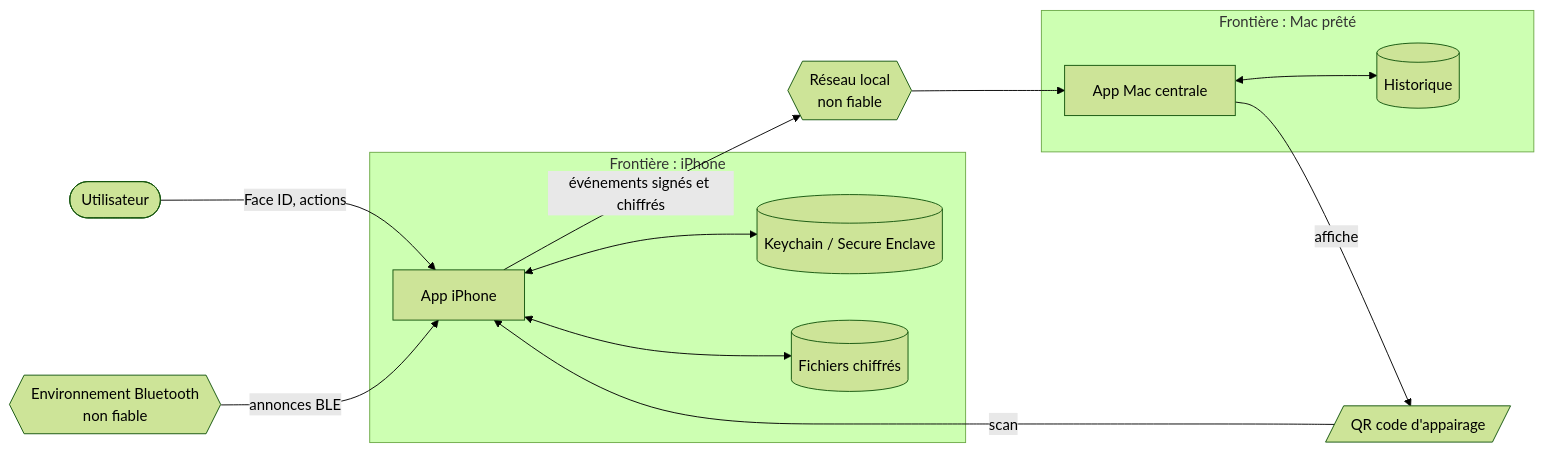
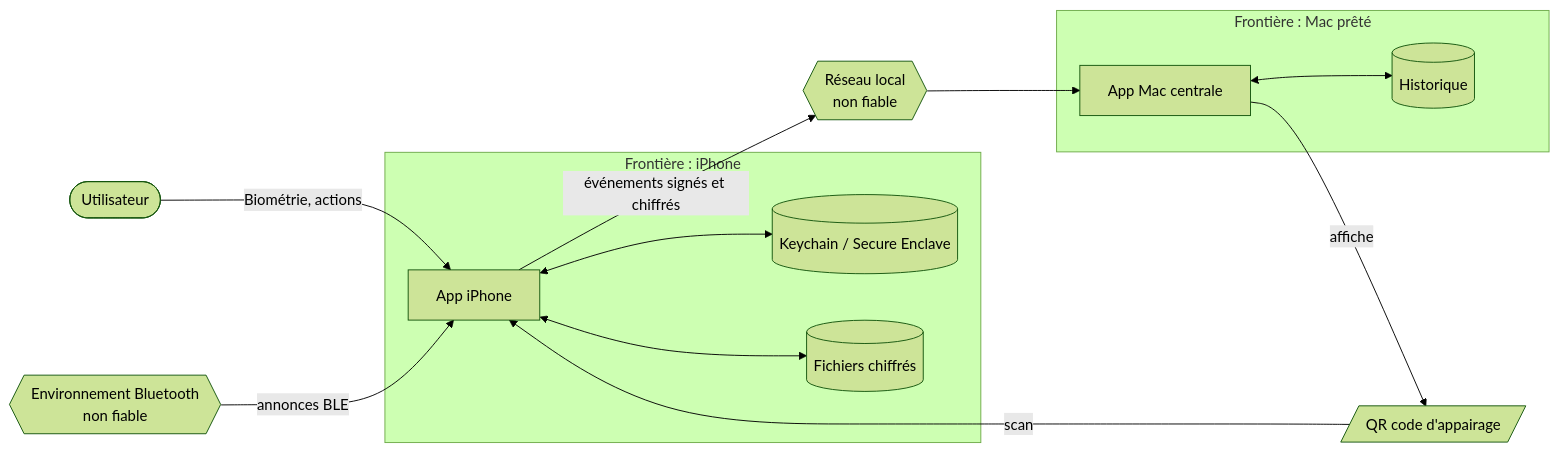
The diagram in docs/securite/STRIDE.md (Clara1505/iOS-bluetooth-tacker), drawn with Mermaid (forest theme) before and after one commit. The commit also changed other lines of this file and 12 other files, not shown here.

````diff
--- a/docs/securite/STRIDE.md
+++ b/docs/securite/STRIDE.md
@@ -75,26 +77,26 @@
 ```mermaid
 flowchart LR
     U([Utilisateur])
     subgraph IPH[Frontière : iPhone]
         APP[App iPhone]
         KS[(Keychain / Secure Enclave)]
         FS[(Fichiers chiffrés)]
     end
     BLE{{Environnement Bluetooth<br/>non fiable}}
     QR[/QR code d'appairage/]
     NET{{Réseau local<br/>non fiable}}
     subgraph MAC[Frontière : Mac prêté]
         CEN[App Mac centrale]
         HIS[(Historique)]
     end
 
-    U -- Face ID, actions --> APP
+    U -- Biométrie, actions --> APP
     BLE -- annonces BLE --> APP
     APP <--> KS
     APP <--> FS
     CEN -- affiche --> QR
     QR -- scan --> APP
     APP -- événements signés et chiffrés --> NET
     NET --> CEN
     CEN <--> HIS
 ```
````
